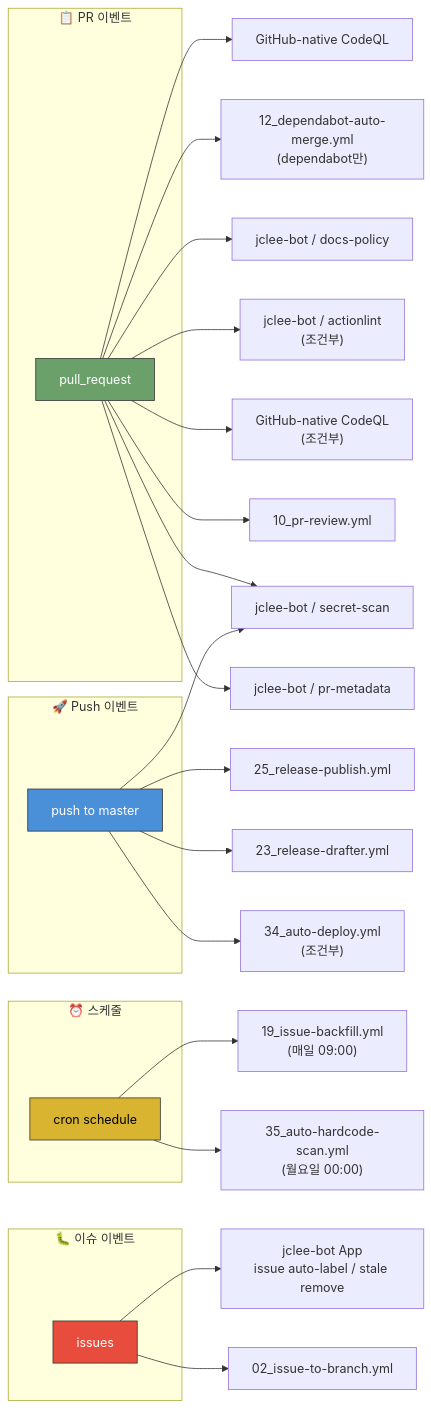
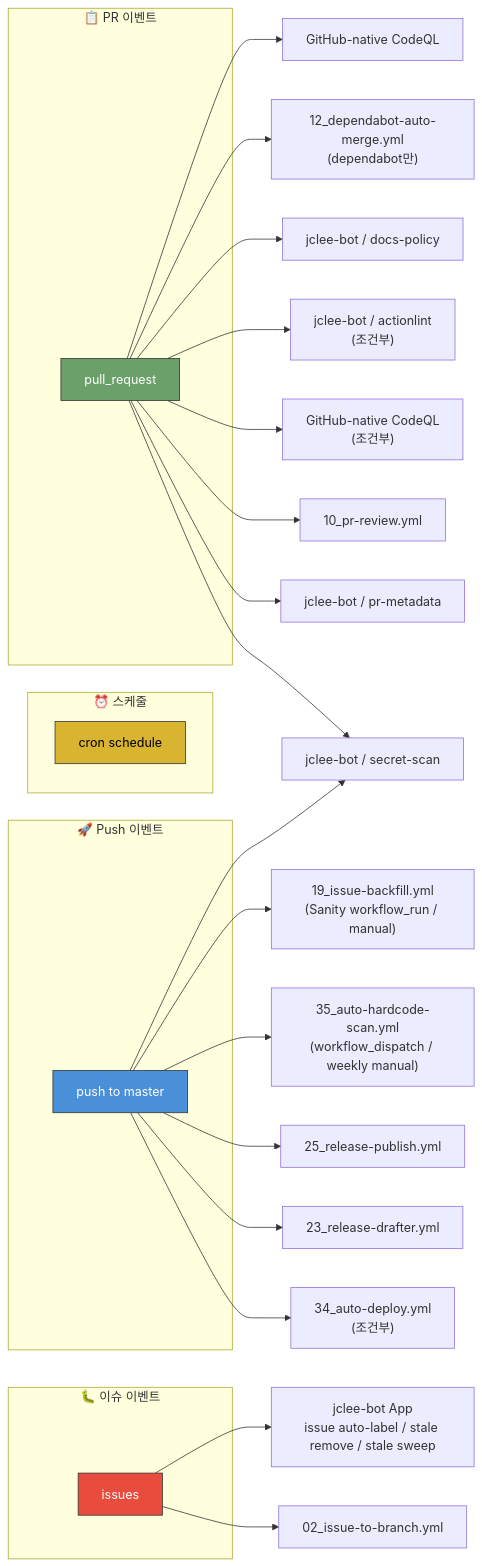
One commit to jclee941/.github changed the seventh of 10 diagrams in docs/architecture.md. Above: the diagram before and after it, drawn with Mermaid. The commit also changed 13 other files, not shown here.

Commit message:
feat(app): move issue maintenance to jclee-bot

````diff
--- a/docs/architecture.md
+++ b/docs/architecture.md
@@ -306,43 +306,43 @@
 ```mermaid
 flowchart LR
     subgraph PR_Events["📋 PR 이벤트"]
         PR["pull_request"]
     end
     
     subgraph Push_Events["🚀 Push 이벤트"]
         PUSH["push to master"]
     end
     
     subgraph Schedule_Events["⏰ 스케줄"]
         CRON["cron schedule"]
     end
     
     subgraph Issue_Events["🐛 이슈 이벤트"]
         ISSUE["issues"]
     end
     
     PR --> PR_CHECK["jclee-bot / pr-metadata"]
     PR --> PR_REVIEW["10_pr-review.yml"]
     PR --> GITLEAKS["jclee-bot / secret-scan"]
     PR --> CODEQL["GitHub-native CodeQL<br/>(조건부)"]
     PR --> ACTIONLINT["jclee-bot / actionlint<br/>(조건부)"]
     PR --> DOCS["jclee-bot / docs-policy"]
     PR --> DEPENDABOT["12_dependabot-auto-merge.yml<br/>(dependabot만)"]
     
     PUSH --> AUTO_DEPLOY["34_auto-deploy.yml<br/>(조건부)"]
     PUSH --> RELEASE_D["23_release-drafter.yml"]
     PUSH --> RELEASE_P["25_release-publish.yml"]
     PUSH --> GITLEAKS
     
-    CRON --> HARDSCAN["35_auto-hardcode-scan.yml<br/>(월요일 00:00)"]
-    CRON --> ISSUE_BACK["19_issue-backfill.yml<br/>(매일 09:00)"]
+    PUSH --> HARDSCAN["35_auto-hardcode-scan.yml<br/>(workflow_dispatch / weekly manual)"]
+    PUSH --> ISSUE_BACK["19_issue-backfill.yml<br/>(Sanity workflow_run / manual)"]
     PR --> CODEQL_S["GitHub-native CodeQL"]
     
     ISSUE --> ISSUE_BRANCH["02_issue-to-branch.yml"]
-    ISSUE --> ISSUE_MGMT["jclee-bot App<br/>issue auto-label / stale remove"]
+    ISSUE --> ISSUE_MGMT["jclee-bot App<br/>issue auto-label / stale remove / stale sweep"]
     
     style PR fill:#6ba06a,stroke:#333,color:#fff
     style PUSH fill:#4a90d9,stroke:#333,color:#fff
     style CRON fill:#d9b430,stroke:#333,color:#000
     style ISSUE fill:#e74c3c,stroke:#333,color:#fff
 ```
````
